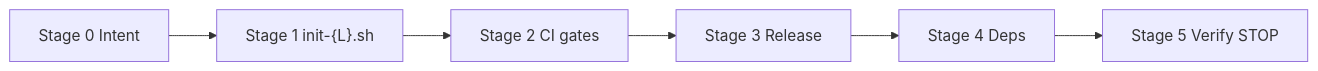
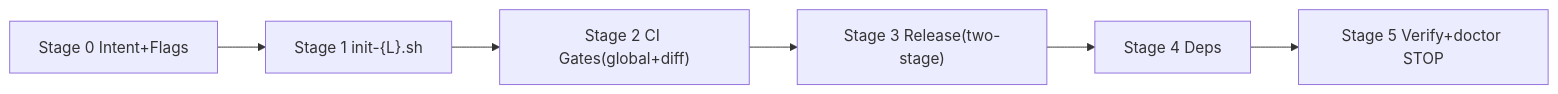
Before and after one commit to Kirky-X/pangu: the diagram in README_EN.md, drawn with Mermaid. The commit also changed other lines of this file and 2 other files, not shown here.

First line of the commit message:
docs: 同步 SKILL/README（双门禁/参数化/两段式发布/doctor）

````diff
--- a/README_EN.md
+++ b/README_EN.md
@@ -54,4 +58,4 @@
 ```mermaid
 flowchart LR
-    A["Stage 0 Intent"] --> B["Stage 1 init-{L}.sh"] --> C["Stage 2 CI gates"] --> D["Stage 3 Release"] --> E["Stage 4 Deps"] --> F["Stage 5 Verify STOP"]
+    A["Stage 0 Intent+Flags"] --> B["Stage 1 init-{L}.sh"] --> C["Stage 2 CI Gates(global+diff)"] --> D["Stage 3 Release(two-stage)"] --> E["Stage 4 Deps"] --> F["Stage 5 Verify+doctor STOP"]
 ```
````
